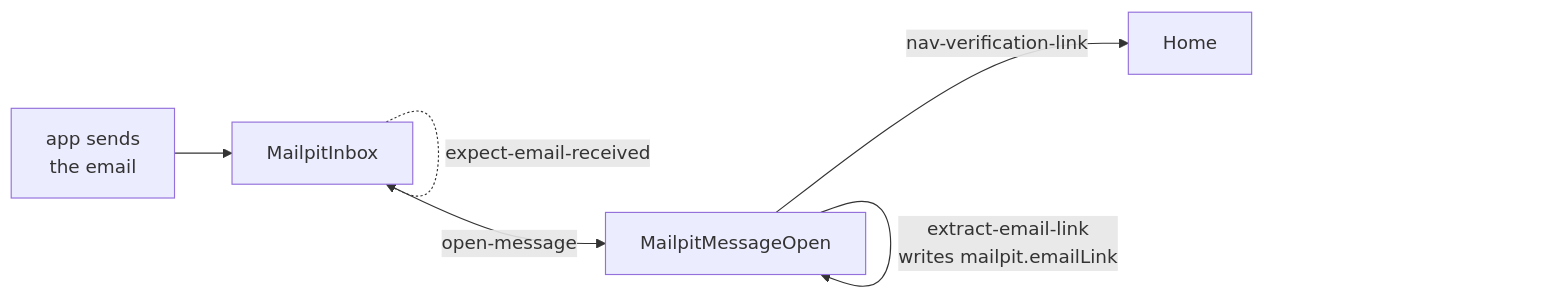
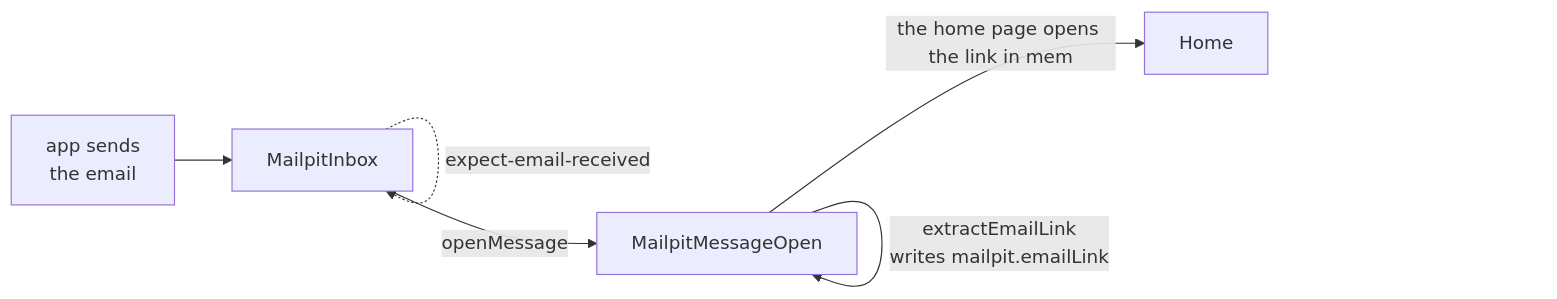
Before and after one commit to deviate-dv8/waygraph: the diagram in docs/guides/mail.md, drawn with Mermaid. The commit also changed other lines of this file and 39 other files, not shown here.

Commit message:
Scaffold on the page-object shape: pages named by strings (no states files), Methods in _methods/, the mail message is a page, no Nav, flows with titles and labels; map groups are found by their _keys.ts; docs follow

````diff
--- a/docs/guides/mail.md
+++ b/docs/guides/mail.md
@@ -6,9 +6,9 @@
 ```mermaid
 graph LR
   A[app sends<br/>the email] --> I[MailpitInbox]
   I -.->|expect-email-received| I
-  I -->|open-message| O[MailpitMessageOpen]
+  I -->|openMessage| O[MailpitMessageOpen]
   O -.->|expect-email-content| O
-  O -->|extract-email-link<br/>writes mailpit.emailLink| O
-  O -->|nav-verification-link| V[Home]
+  O -->|extractEmailLink<br/>writes mailpit.emailLink| O
+  O -->|the home page opens the link in mem| V[Home]
 ```
````
